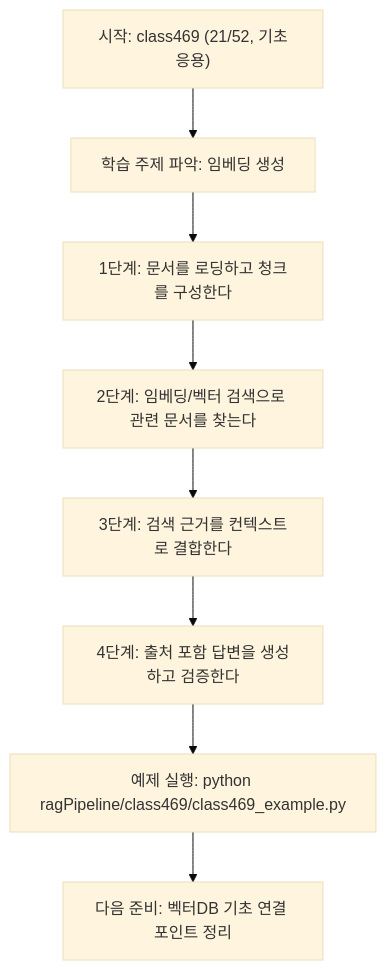
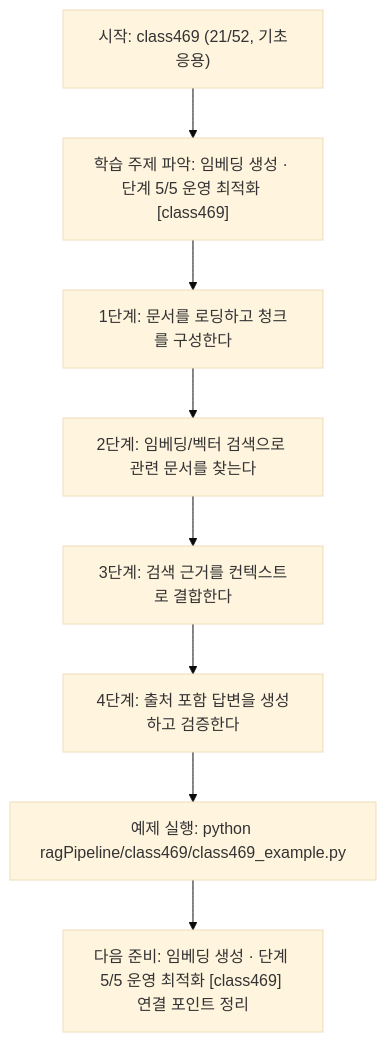
Before and after one commit to edumgt/Python-AI_Agent-Class: the diagram in ragPipeline/class469/class469.md, drawn with Mermaid (base theme). The commit also changed other lines of this file and 522 other files, not shown here.

````diff
--- a/ragPipeline/class469/class469.md
+++ b/ragPipeline/class469/class469.md
@@ -109,18 +110,18 @@
 ```mermaid
 flowchart TD
 N1["시작: class469 (21/52, 기초응용)"]
-N2["학습 주제 파악: 임베딩 생성"]
+N2["학습 주제 파악: 임베딩 생성 · 단계 5/5 운영 최적화 [class469]"]
 N3["1단계: 문서를 로딩하고 청크를 구성한다"]
 N4["2단계: 임베딩/벡터 검색으로 관련 문서를 찾는다"]
 N5["3단계: 검색 근거를 컨텍스트로 결합한다"]
 N6["4단계: 출처 포함 답변을 생성하고 검증한다"]
 N7["예제 실행: python ragPipeline/class469/class469_example.py"]
-N8["다음 준비: 벡터DB 기초 연결 포인트 정리"]
+N8["다음 준비: 임베딩 생성 · 단계 5/5 운영 최적화 [class469] 연결 포인트 정리"]
 N1 --> N2
 N2 --> N3
 N3 --> N4
 N4 --> N5
 N5 --> N6
 N6 --> N7
 N7 --> N8
 ```
````
